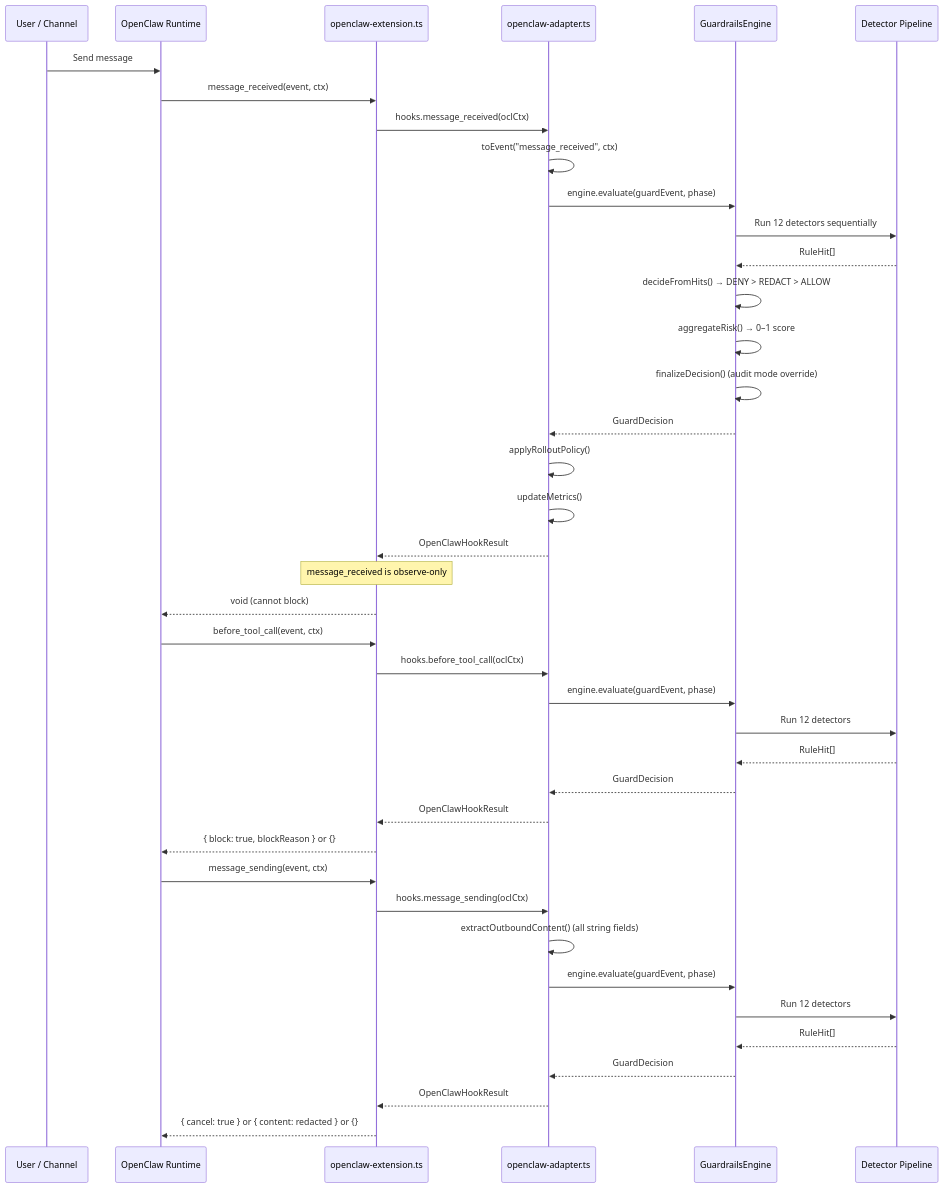
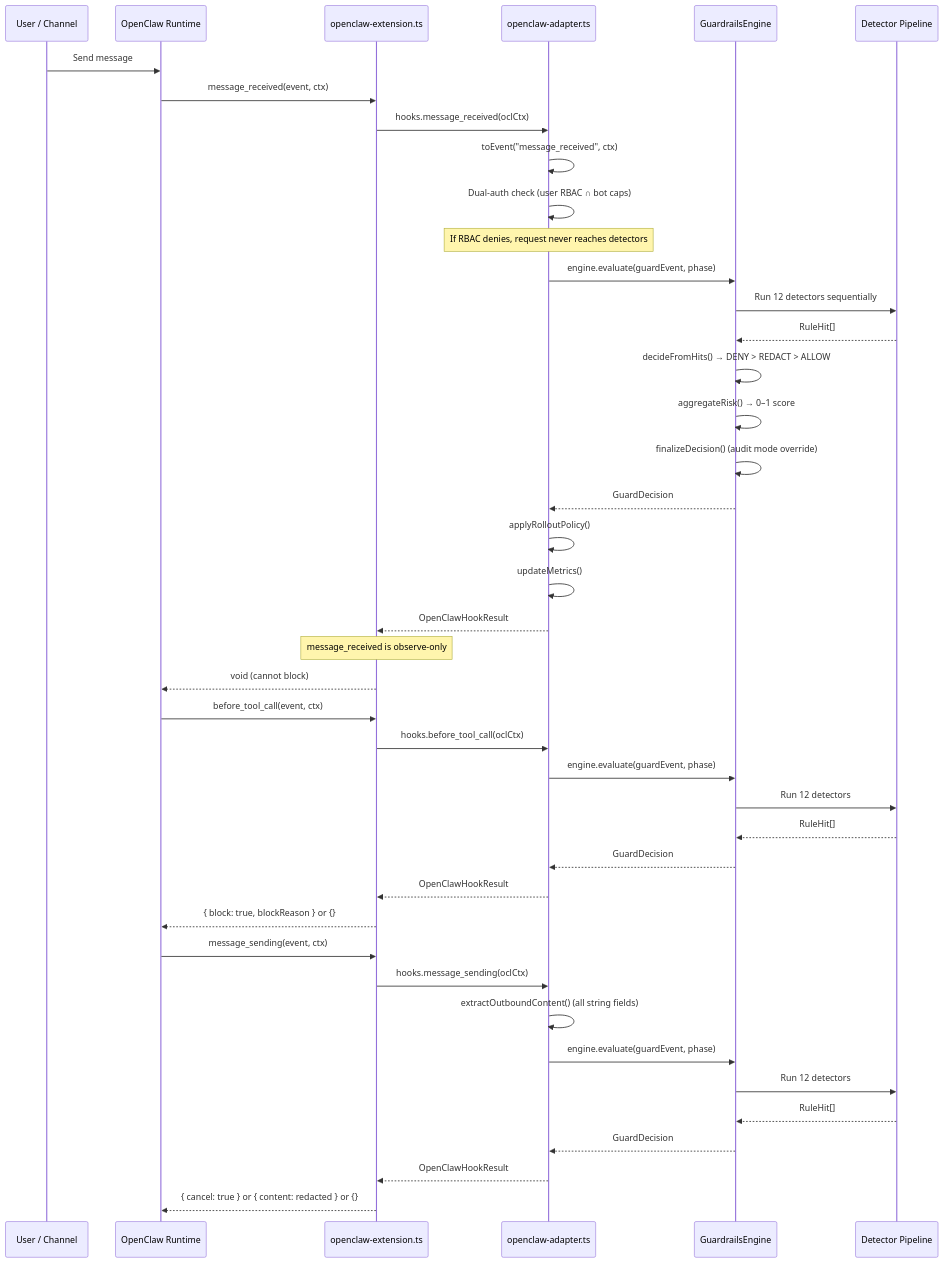
Before and after one commit to douglasswm/safefence: the first of 3 diagrams in README.md, drawn with Mermaid. The commit also changed other lines of this file and 4 other files, not shown here.

First line of the commit message:
docs: update README and docs for dual-authorization RBAC system

````diff
--- a/README.md
+++ b/README.md
@@ -50,45 +54,47 @@
 ```mermaid
 sequenceDiagram
     participant U as User / Channel
     participant OC as OpenClaw Runtime
     participant EXT as openclaw-extension.ts
     participant ADP as openclaw-adapter.ts
     participant ENG as GuardrailsEngine
     participant DET as Detector Pipeline
 
     U->>OC: Send message
     OC->>EXT: message_received(event, ctx)
     EXT->>ADP: hooks.message_received(oclCtx)
     ADP->>ADP: toEvent("message_received", ctx)
+    ADP->>ADP: Dual-auth check (user RBAC ∩ bot caps)
+    Note over ADP: If RBAC denies, request never reaches detectors
     ADP->>ENG: engine.evaluate(guardEvent, phase)
     ENG->>DET: Run 12 detectors sequentially
     DET-->>ENG: RuleHit[]
     ENG->>ENG: decideFromHits() → DENY > REDACT > ALLOW
     ENG->>ENG: aggregateRisk() → 0–1 score
     ENG->>ENG: finalizeDecision() (audit mode override)
     ENG-->>ADP: GuardDecision
     ADP->>ADP: applyRolloutPolicy()
     ADP->>ADP: updateMetrics()
     ADP-->>EXT: OpenClawHookResult
     Note over EXT: message_received is observe-only
     EXT-->>OC: void (cannot block)
 
     OC->>EXT: before_tool_call(event, ctx)
     EXT->>ADP: hooks.before_tool_call(oclCtx)
     ADP->>ENG: engine.evaluate(guardEvent, phase)
     ENG->>DET: Run 12 detectors
     DET-->>ENG: RuleHit[]
     ENG-->>ADP: GuardDecision
     ADP-->>EXT: OpenClawHookResult
     EXT-->>OC: { block: true, blockReason } or {}
 
     OC->>EXT: message_sending(event, ctx)
     EXT->>ADP: hooks.message_sending(oclCtx)
     ADP->>ADP: extractOutboundContent() (all string fields)
     ADP->>ENG: engine.evaluate(guardEvent, phase)
     ENG->>DET: Run 12 detectors
     DET-->>ENG: RuleHit[]
     ENG-->>ADP: GuardDecision
     ADP-->>EXT: OpenClawHookResult
     EXT-->>OC: { cancel: true } or { content: redacted } or {}
 ```
````
